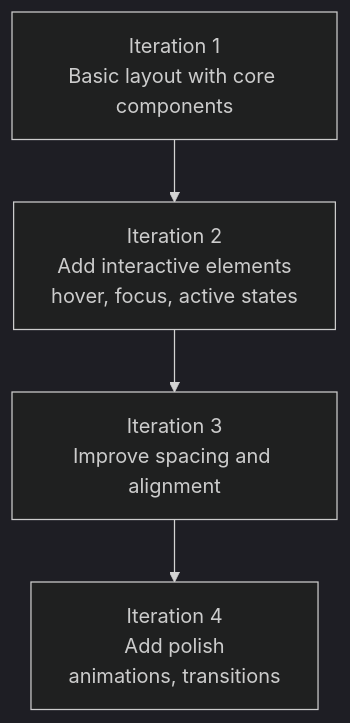
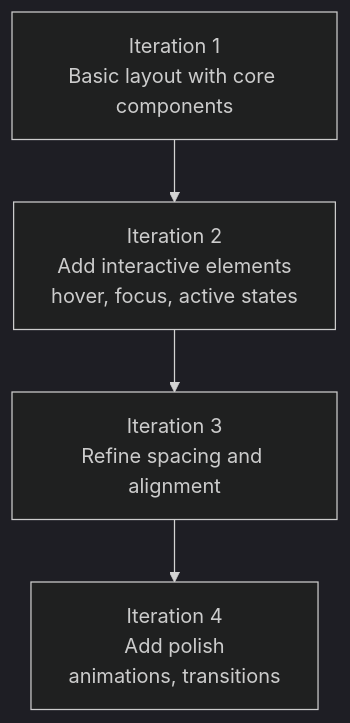
One commit to modu-ai/moai-adk changed the third of 3 diagrams in docs-site/content/en/advanced/stitch-guide.md. Above: the diagram before and after it, drawn with Mermaid (dark theme). The commit also changed other lines of this file and 395 other files, not shown here.

````diff
--- a/docs-site/content/en/advanced/stitch-guide.md
+++ b/docs-site/content/en/advanced/stitch-guide.md
@@ -274,6 +274,6 @@
 ```mermaid
 flowchart TD
     I1["Iteration 1<br>Basic layout with core components"] --> I2["Iteration 2<br>Add interactive elements<br>hover, focus, active states"]
-    I2 --> I3["Iteration 3<br>Improve spacing and alignment"]
+    I2 --> I3["Iteration 3<br>Refine spacing and alignment"]
     I3 --> I4["Iteration 4<br>Add polish<br>animations, transitions"]
 ```
````
